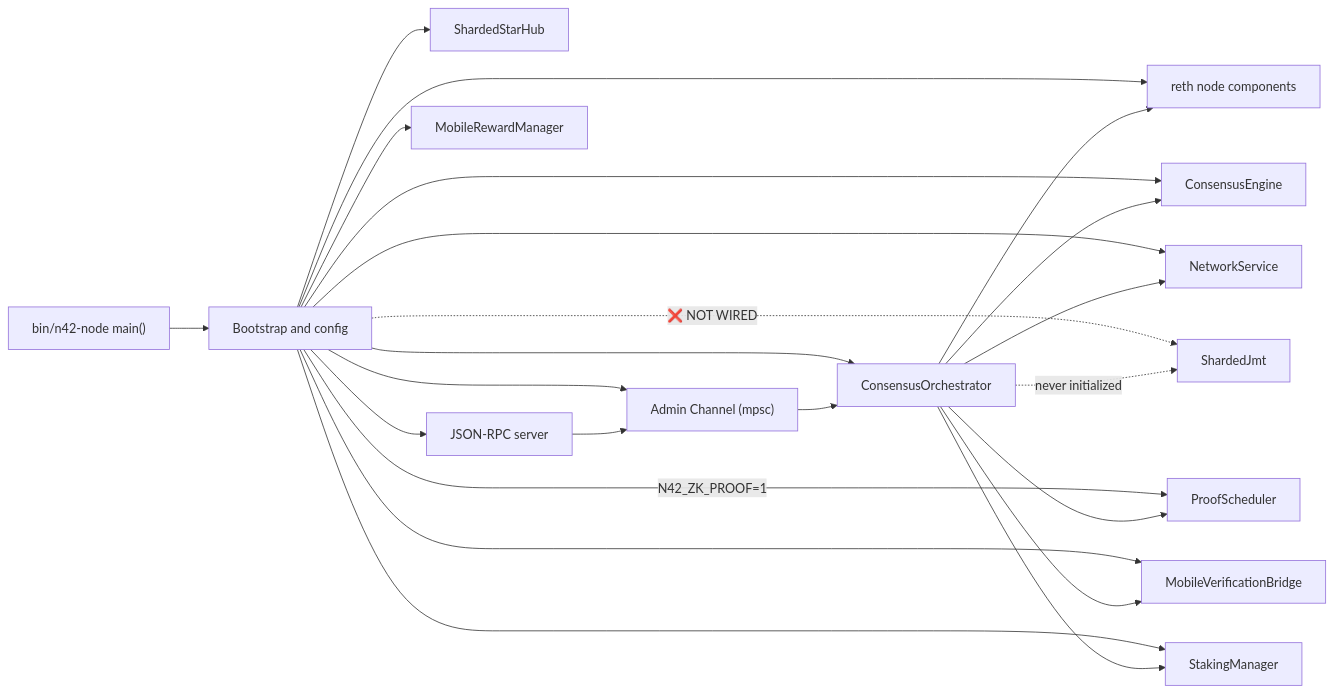
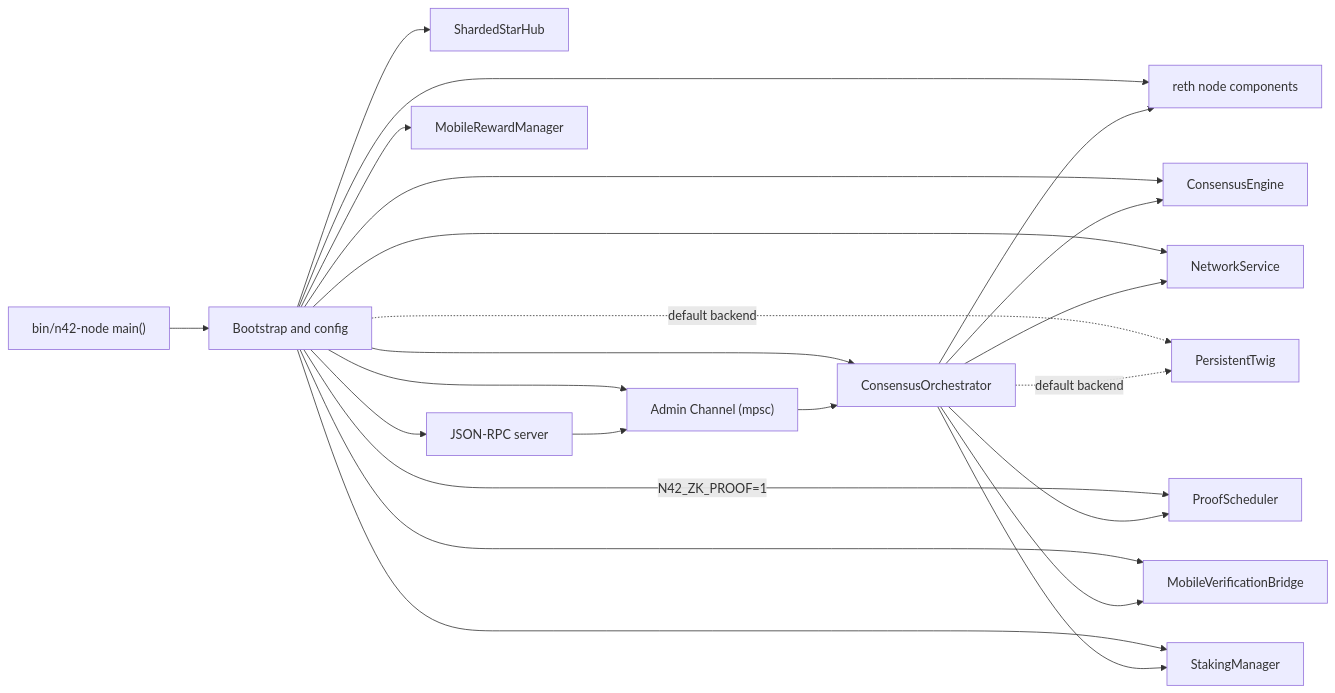
Before and after one commit to n42blockchain/n42-26: the first of 2 diagrams in docs/01-System-Architecture.md, drawn with Mermaid. The commit also changed other lines of this file and 5 other files, not shown here.

Commit message:
chore: align QMDB Twig default path

````diff
--- a/docs/01-System-Architecture.md
+++ b/docs/01-System-Architecture.md
@@ -18,27 +18,27 @@
 ```mermaid
 flowchart LR
     CLI["bin/n42-node main()"]
     CLI --> BOOT["Bootstrap and config"]
     BOOT --> RETH["reth node components"]
     BOOT --> CONS["ConsensusEngine"]
     BOOT --> NET["NetworkService"]
     BOOT --> ORCH["ConsensusOrchestrator"]
     BOOT --> HUB["ShardedStarHub"]
     BOOT --> MBR["MobileVerificationBridge"]
     BOOT --> RPC["JSON-RPC server"]
-    BOOT -.->|"❌ NOT WIRED"| JMT["ShardedJmt"]
+    BOOT -.->|"default backend"| TWIG["PersistentTwig"]
     BOOT -->|"N42_ZK_PROOF=1"| ZK["ProofScheduler"]
     BOOT --> REWARD["MobileRewardManager"]
     BOOT --> STAKE["StakingManager"]
     BOOT --> ADMIN["Admin Channel (mpsc)"]
 
     ORCH --> CONS
     ORCH --> NET
     ORCH --> RETH
-    ORCH -.->|"never initialized"| JMT
+    ORCH -.->|"default backend"| TWIG
     ORCH --> ZK
     ORCH --> MBR
     ORCH --> STAKE
     RPC --> ADMIN
     ADMIN --> ORCH
 ```
````
